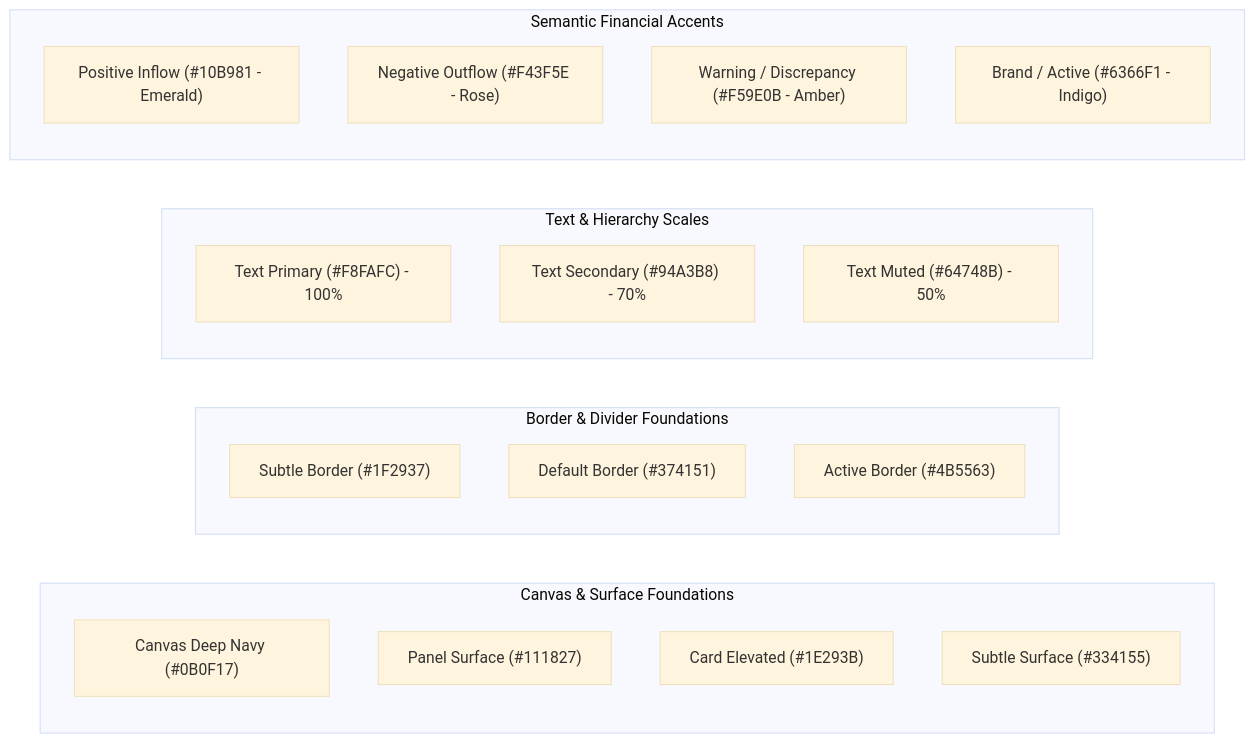
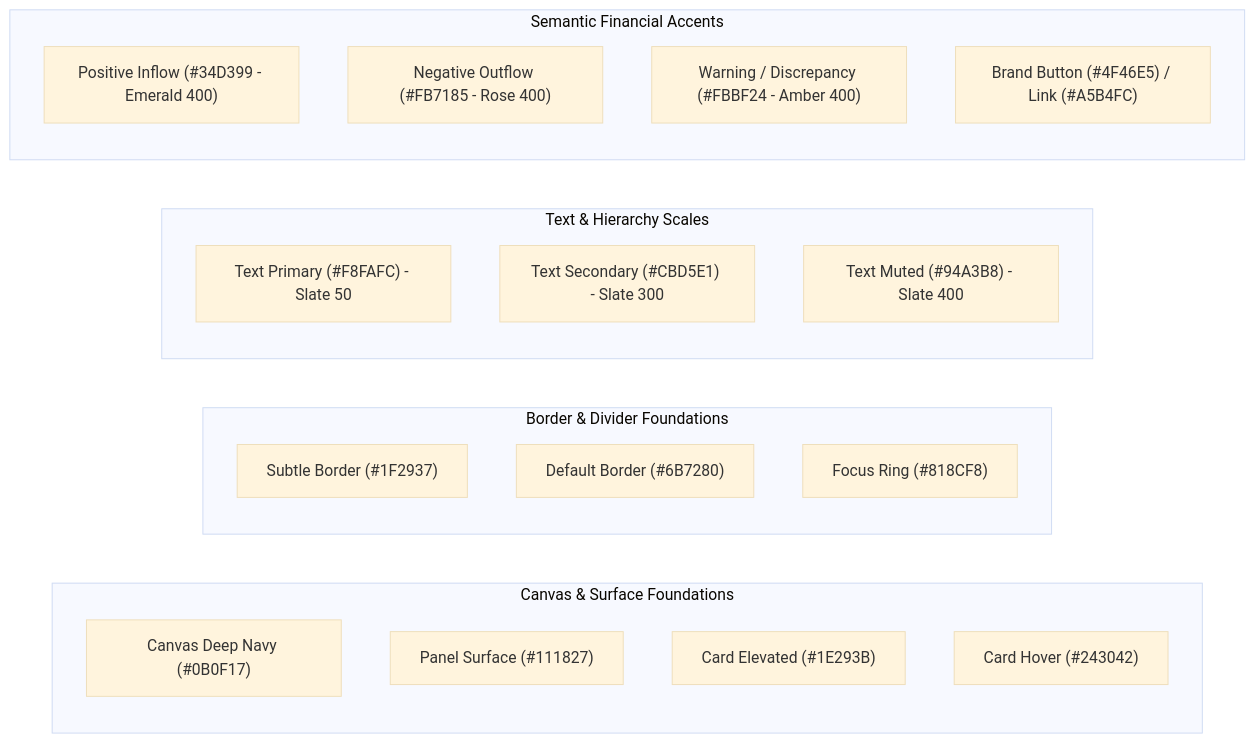
The diagram in docs/ui-ux/DESIGN_SYSTEM.md (Livesh-L-28/WealthOS), drawn with Mermaid (base theme) before and after one commit. The commit also changed other lines of this file and 14 other files, not shown here.

````diff
--- a/docs/ui-ux/DESIGN_SYSTEM.md
+++ b/docs/ui-ux/DESIGN_SYSTEM.md
@@ -22,28 +22,28 @@
 ```mermaid
 graph LR
     subgraph "Canvas & Surface Foundations"
         C0["Canvas Deep Navy (#0B0F17)"]
         C1["Panel Surface (#111827)"]
         C2["Card Elevated (#1E293B)"]
-        C3["Subtle Surface (#334155)"]
+        C3["Card Hover (#243042)"]
     end
 
     subgraph "Border & Divider Foundations"
         B1["Subtle Border (#1F2937)"]
-        B2["Default Border (#374151)"]
-        B3["Active Border (#4B5563)"]
+        B2["Default Border (#6B7280)"]
+        B3["Focus Ring (#818CF8)"]
     end
 
     subgraph "Text & Hierarchy Scales"
-        T1["Text Primary (#F8FAFC) - 100%"]
-        T2["Text Secondary (#94A3B8) - 70%"]
-        T3["Text Muted (#64748B) - 50%"]
+        T1["Text Primary (#F8FAFC) - Slate 50"]
+        T2["Text Secondary (#CBD5E1) - Slate 300"]
+        T3["Text Muted (#94A3B8) - Slate 400"]
     end
 
     subgraph "Semantic Financial Accents"
-        S_Pos["Positive Inflow (#10B981 - Emerald)"]
-        S_Neg["Negative Outflow (#F43F5E - Rose)"]
-        S_Warn["Warning / Discrepancy (#F59E0B - Amber)"]
-        S_Brand["Brand / Active (#6366F1 - Indigo)"]
+        S_Pos["Positive Inflow (#34D399 - Emerald 400)"]
+        S_Neg["Negative Outflow (#FB7185 - Rose 400)"]
+        S_Warn["Warning / Discrepancy (#FBBF24 - Amber 400)"]
+        S_Brand["Brand Button (#4F46E5) / Link (#A5B4FC)"]
     end
 ```
````
